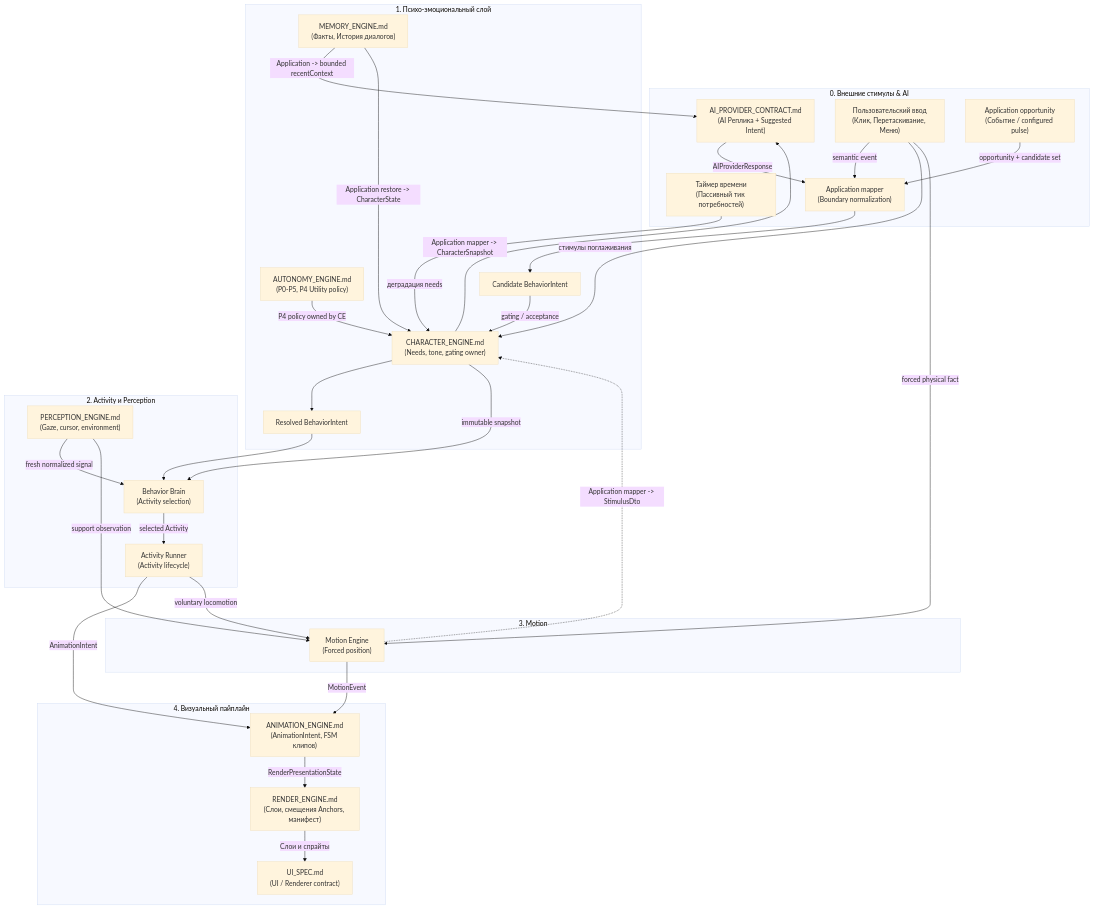
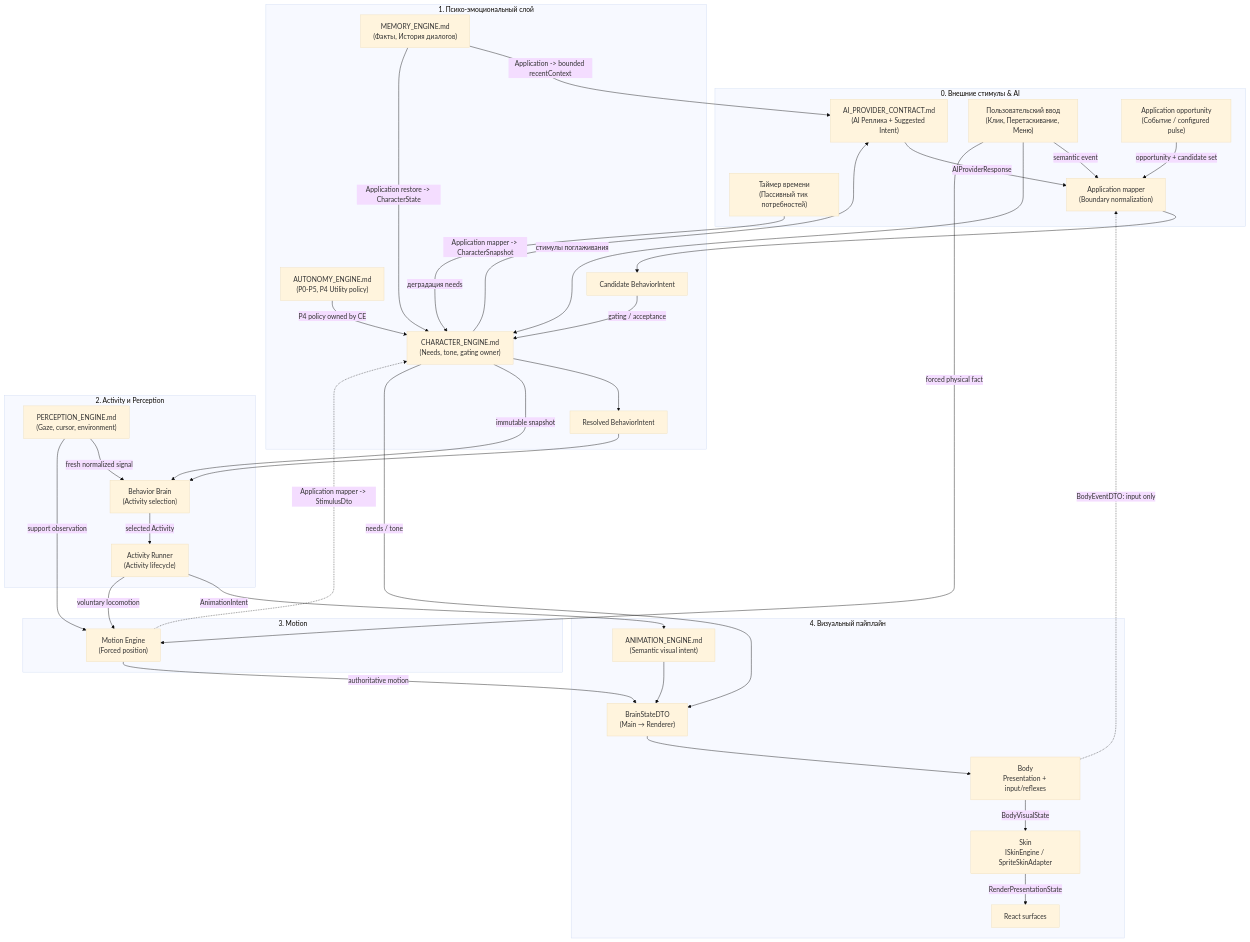
The diagram in docs/engine/README.md (zyzycode/project_wisp), drawn with Mermaid (base theme) before and after one commit. The commit also changed other lines of this file and 12 other files, not shown here.

Commit message:
feat(architect): define Brain Body Skin contracts (AUTO-A08)

````diff
--- a/docs/engine/README.md
+++ b/docs/engine/README.md
@@ -47,66 +49,72 @@
 ```mermaid
 flowchart TD
     subgraph External["0. Внешние стимулы & AI"]
         AI["AI_PROVIDER_CONTRACT.md\n(AI Реплика + Suggested Intent)"]
         UserEvents["Пользовательский ввод\n(Клик, Перетаскивание, Меню)"]
         Tick["Таймер времени\n(Пассивный тик потребностей)"]
         Opportunity["Application opportunity\n(Событие / configured pulse)"]
         Mapper["Application mapper\n(Boundary normalization)"]
     end
 
     subgraph Mind["1. Психо-эмоциональный слой"]
         CE["CHARACTER_ENGINE.md\n(Needs, tone, gating owner)"]
         AU["AUTONOMY_ENGINE.md\n(P0-P5, P4 Utility policy)"]
         Mem["MEMORY_ENGINE.md\n(Факты, История диалогов)"]
         Candidate["Candidate BehaviorIntent"]
         Resolved["Resolved BehaviorIntent"]
     end
 
     subgraph Behavior["2. Activity и Perception"]
         Brain["Behavior Brain\n(Activity selection)"]
         Runner["Activity Runner\n(Activity lifecycle)"]
         Perception["PERCEPTION_ENGINE.md\n(Gaze, cursor, environment)"]
     end
 
     subgraph Motion["3. Motion"]
         Physics["Motion Engine\n(Forced position)"]
     end
 
     subgraph Visual["4. Визуальный пайплайн"]
-        AE["ANIMATION_ENGINE.md\n(AnimationIntent, FSM клипов)"]
-        RE["RENDER_ENGINE.md\n(Слои, смещения Anchors, манифест)"]
-        UI["UI_SPEC.md\n(UI / Renderer contract)"]
+        AE["ANIMATION_ENGINE.md\n(Semantic visual intent)"]
+        BS["BrainStateDTO\n(Main → Renderer)"]
+        Body["Body\nPresentation + input/reflexes"]
+        RE["Skin\nISkinEngine / SpriteSkinAdapter"]
+        UI["React surfaces"]
     end
 
     %% Потоки стимулов
     Tick -->|деградация needs| CE
     CE -->|Application mapper -> CharacterSnapshot| AI
     Mem -->|Application -> bounded recentContext| AI
     AI -->|AIProviderResponse| Mapper
     UserEvents -->|semantic event| Mapper
     Opportunity -->|opportunity + candidate set| Mapper
     Mapper --> Candidate
     Candidate -->|gating / acceptance| CE
     AU -->|P4 policy owned by CE| CE
     CE --> Resolved
     UserEvents -->|стимулы поглаживания| CE
     UserEvents -->|forced physical fact| Physics
 
     %% Психология -> Выбор поведения
     Mem -->|Application restore -> CharacterState| CE
     Resolved --> Brain
     CE -->|immutable snapshot| Brain
     Brain -->|selected Activity| Runner
     Perception -->|fresh normalized signal| Brain
     Perception -->|support observation| Physics
 
     %% Activity/Motion -> Визуализация
     Runner -->|AnimationIntent| AE
-    Physics -->|MotionEvent| AE
+    AE --> BS
+    CE -->|needs / tone| BS
+    Physics -->|authoritative motion| BS
     Runner -->|voluntary locomotion| Physics
-    AE -->|RenderPresentationState| RE
-    RE -->|Слои и спрайты| UI
+    BS --> Body
+    Body -->|BodyVisualState| RE
+    RE -->|RenderPresentationState| UI
+    Body -.->|BodyEventDTO: input only| Mapper
 
     %% Обратная связь физики в психологию
     Physics -.->|Application mapper -> StimulusDto| CE
 ```
````
